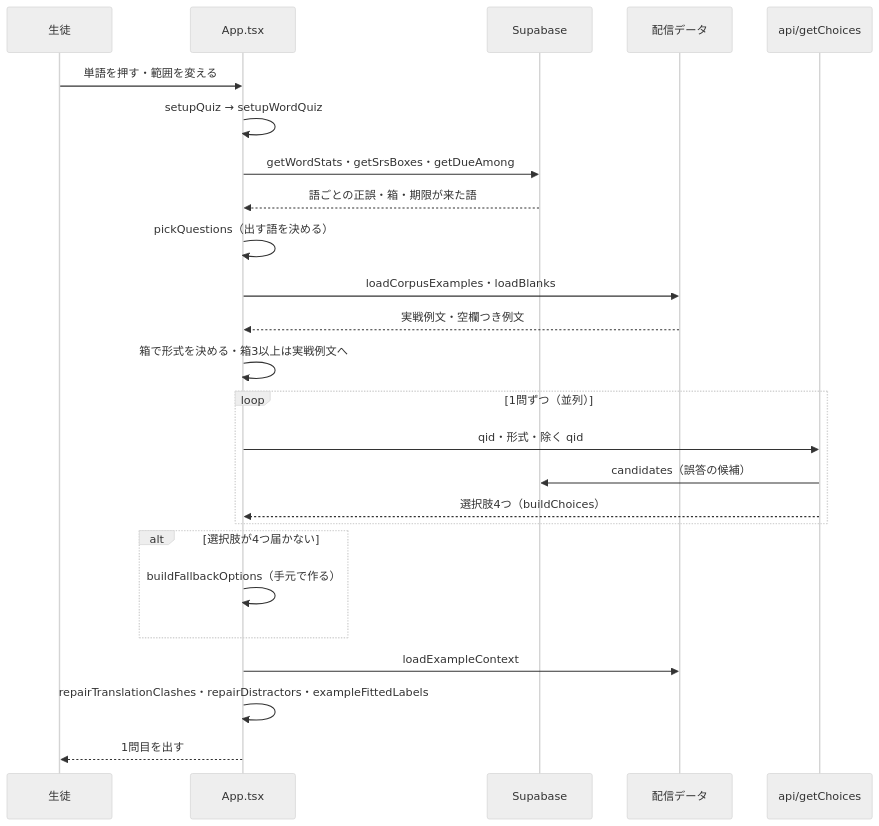
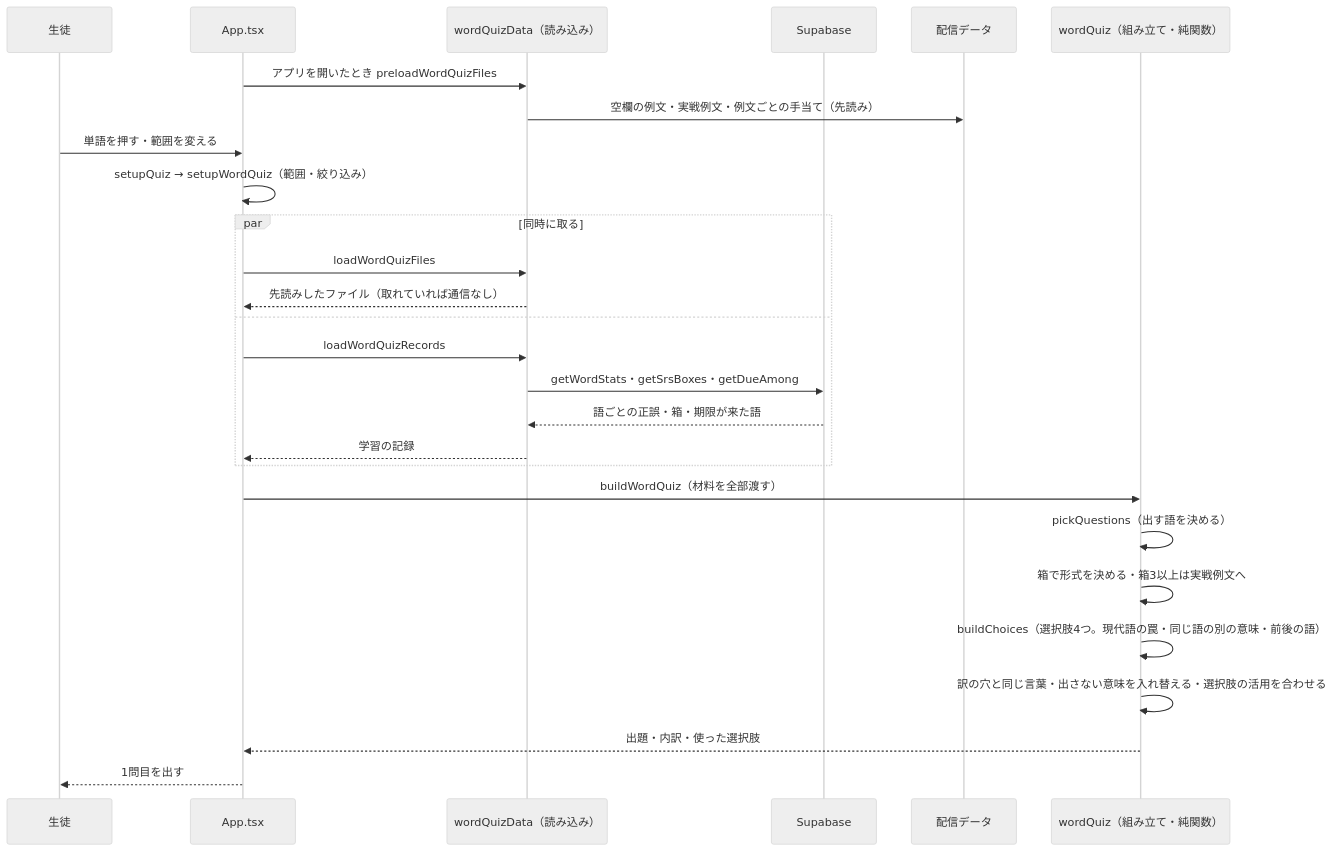
Before and after one commit to daichi223-web/daichi223-web: the seventh of 11 diagrams in docs/system-overview.md, drawn with Mermaid (neutral theme). The commit also changed other lines of this file and 15 other files, not shown here.

````diff
--- a/docs/system-overview.md
+++ b/docs/system-overview.md
@@ -228,28 +230,30 @@
 ```mermaid
 sequenceDiagram
   participant U as 生徒
   participant A as App.tsx
+  participant D as wordQuizData（読み込み）
   participant S as Supabase
   participant F as 配信データ
-  participant V as api/getChoices
+  participant B as wordQuiz（組み立て・純関数）
 
+  A->>D: アプリを開いたとき preloadWordQuizFiles
+  D->>F: 空欄の例文・実戦例文・例文ごとの手当て（先読み）
   U->>A: 単語を押す・範囲を変える
-  A->>A: setupQuiz → setupWordQuiz
-  A->>S: getWordStats・getSrsBoxes・getDueAmong
-  S-->>A: 語ごとの正誤・箱・期限が来た語
-  A->>A: pickQuestions（出す語を決める）
-  A->>F: loadCorpusExamples・loadBlanks
-  F-->>A: 実戦例文・空欄つき例文
-  A->>A: 箱で形式を決める・箱3以上は実戦例文へ
-  loop 1問ずつ（並列）
-    A->>V: qid・形式・除く qid
-    V->>S: candidates（誤答の候補）
-    V-->>A: 選択肢4つ（buildChoices）
+  A->>A: setupQuiz → setupWordQuiz（範囲・絞り込み）
+  par 同時に取る
+    A->>D: loadWordQuizFiles
+    D-->>A: 先読みしたファイル（取れていれば通信なし）
+  and
+    A->>D: loadWordQuizRecords
+    D->>S: getWordStats・getSrsBoxes・getDueAmong
+    S-->>D: 語ごとの正誤・箱・期限が来た語
+    D-->>A: 学習の記録
   end
-  alt 選択肢が4つ届かない
-    A->>A: buildFallbackOptions（手元で作る）
-  end
-  A->>F: loadExampleContext
-  A->>A: repairTranslationClashes・repairDistractors・exampleFittedLabels
+  A->>B: buildWordQuiz（材料を全部渡す）
+  B->>B: pickQuestions（出す語を決める）
+  B->>B: 箱で形式を決める・箱3以上は実戦例文へ
+  B->>B: buildChoices（選択肢4つ。現代語の罠・同じ語の別の意味・前後の語）
+  B->>B: 訳の穴と同じ言葉・出さない意味を入れ替える・選択肢の活用を合わせる
+  B-->>A: 出題・内訳・使った選択肢
   A-->>U: 1問目を出す
 ```
````
